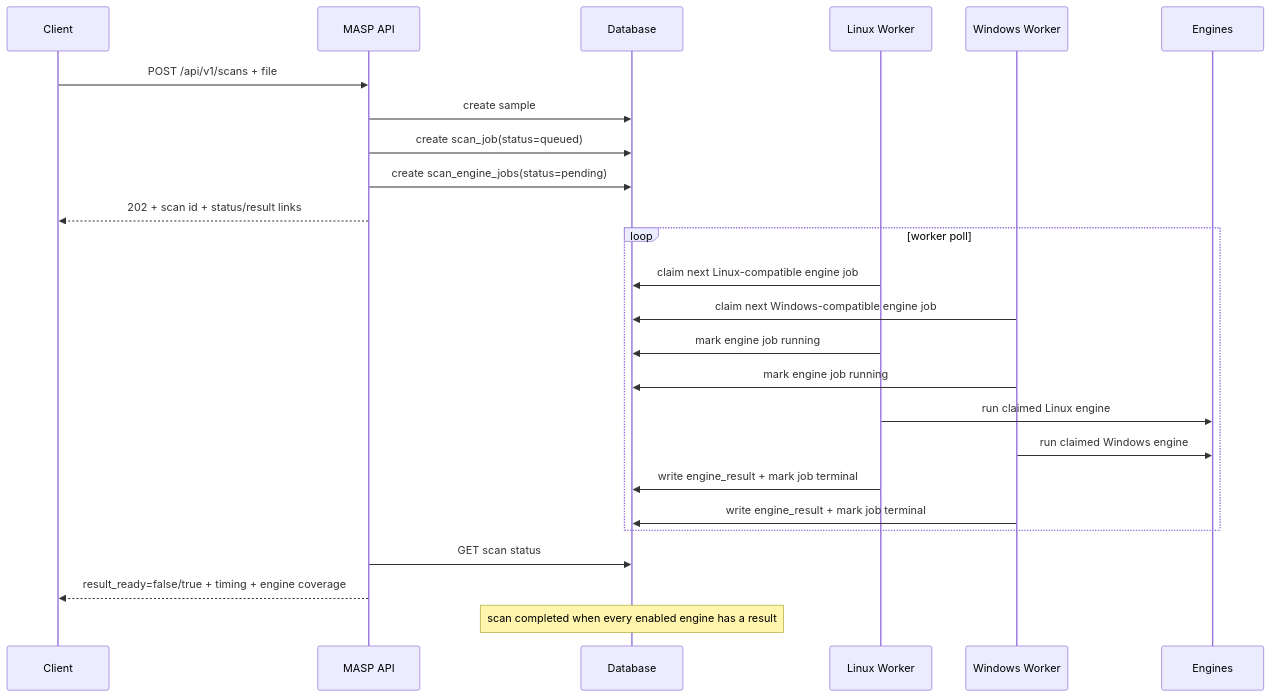
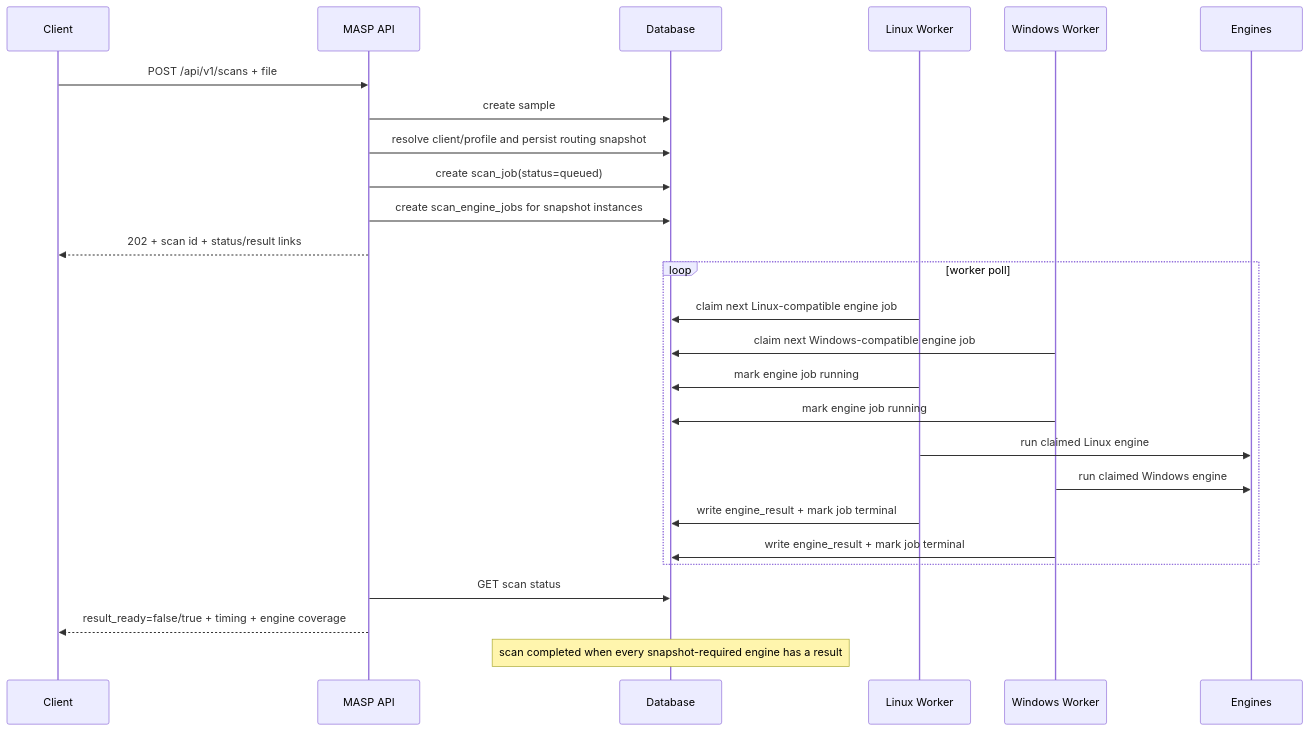
One commit to zapbroob99/multi-av-scan-pipeline changed the first of 3 diagrams in docs/architecture/SCAN_EXECUTION_FLOW.md. Above: the diagram before and after it, drawn with Mermaid. The commit also changed other lines of this file and 31 other files, not shown here.

First line of the commit message:
feat(clients): add isolated scan routing

````diff
--- a/docs/architecture/SCAN_EXECUTION_FLOW.md
+++ b/docs/architecture/SCAN_EXECUTION_FLOW.md
@@ -58,31 +60,32 @@
 ```mermaid
 sequenceDiagram
     participant Client
     participant API as MASP API
     participant DB as Database
     participant LW as Linux Worker
     participant WW as Windows Worker
     participant Engines
 
     Client->>API: POST /api/v1/scans + file
     API->>DB: create sample
+    API->>DB: resolve client/profile and persist routing snapshot
     API->>DB: create scan_job(status=queued)
-    API->>DB: create scan_engine_jobs(status=pending)
+    API->>DB: create scan_engine_jobs for snapshot instances
     API-->>Client: 202 + scan id + status/result links
 
     loop worker poll
         LW->>DB: claim next Linux-compatible engine job
         WW->>DB: claim next Windows-compatible engine job
         LW->>DB: mark engine job running
         WW->>DB: mark engine job running
         LW->>Engines: run claimed Linux engine
         WW->>Engines: run claimed Windows engine
         LW->>DB: write engine_result + mark job terminal
         WW->>DB: write engine_result + mark job terminal
     end
 
     API->>DB: GET scan status
     API-->>Client: result_ready=false/true + timing + engine coverage
 
-    Note over DB: scan completed when every enabled engine has a result
+    Note over DB: scan completed when every snapshot-required engine has a result
 ```
````
